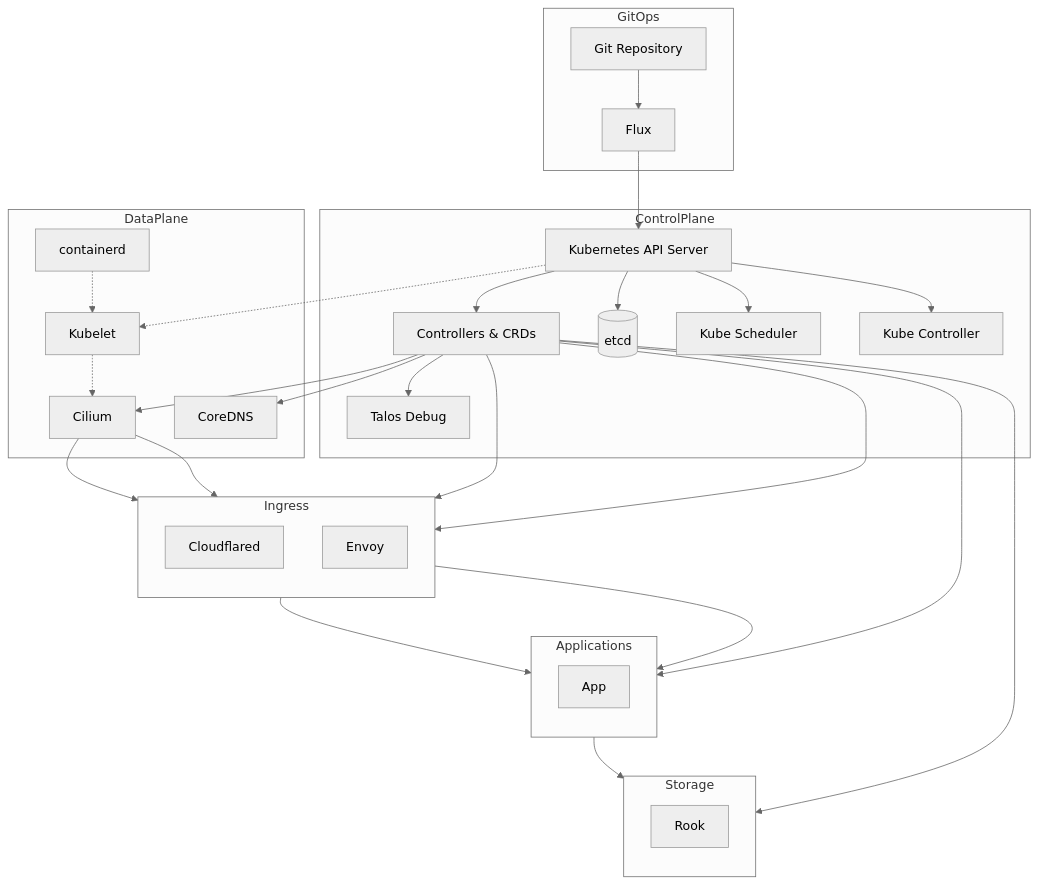
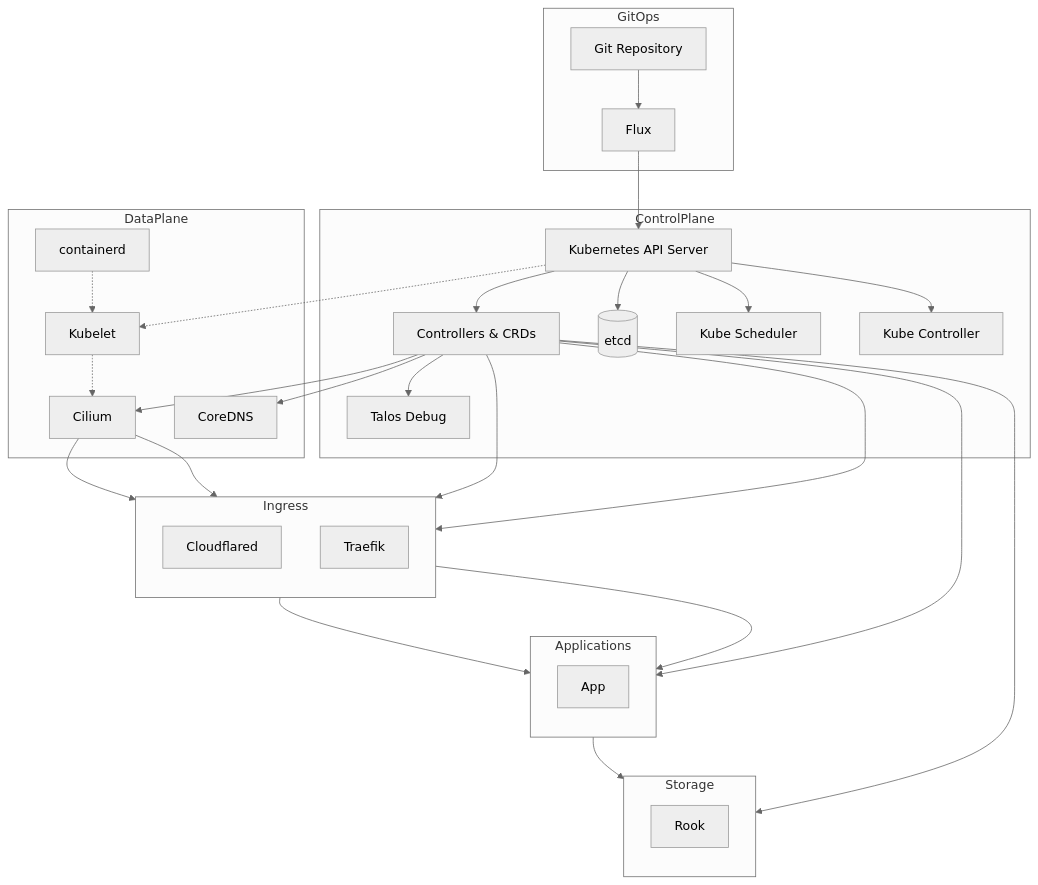
The diagram in README.md (0x4272616E646F6E/homelab), drawn with Mermaid (neutral theme) before and after one commit. The commit also changed other lines of this file and 66 other files, not shown here.

Commit message:
removed envoy and kept traefik for ingress due to mediocre documentation and integration.

````diff
--- a/README.md
+++ b/README.md
@@ -33,50 +33,50 @@
 ```mermaid
 flowchart TD
     subgraph GitOps
         G1[Git Repository]
         G2[Flux]
         G1 --> G2
     end
 
     subgraph ControlPlane
         G2 --> C1[Kubernetes API Server]
         C1 --> C2[Controllers & CRDs]
         C1 --> C3[(etcd)]
         C1 --> C4[Kube Scheduler]
         C1 --> C5[Kube Controller]
         C2 --> C6[Talos Debug]
     end
 
 
     subgraph DataPlane
         C2 --> D1[Cilium]
         C2 --> D2[CoreDNS]
         %% Node-level components
         D3[Kubelet] -.-> D1
         C1 -.-> D3[Kubelet]
         D4[containerd] -.-> D3
     end
 
 
     subgraph Ingress
         direction TB
         C2 --> I1[Cloudflared]
-        C2 --> I2[Envoy]
+        C2 --> I2[Traefik]
         D1 --> I1[Cloudflared]
-        D1 --> I2[Envoy]
+        D1 --> I2[Traefik]
     end
 
     subgraph Applications
         direction TB
         C2 --> A1[App]
          I1 --> A1[App]
          I2 --> A1[App]
     end
 
     subgraph Storage
         direction TB
         C2 --> S1[Rook]
         A1 --> S1[Rook]
     end
 
 ```
````
